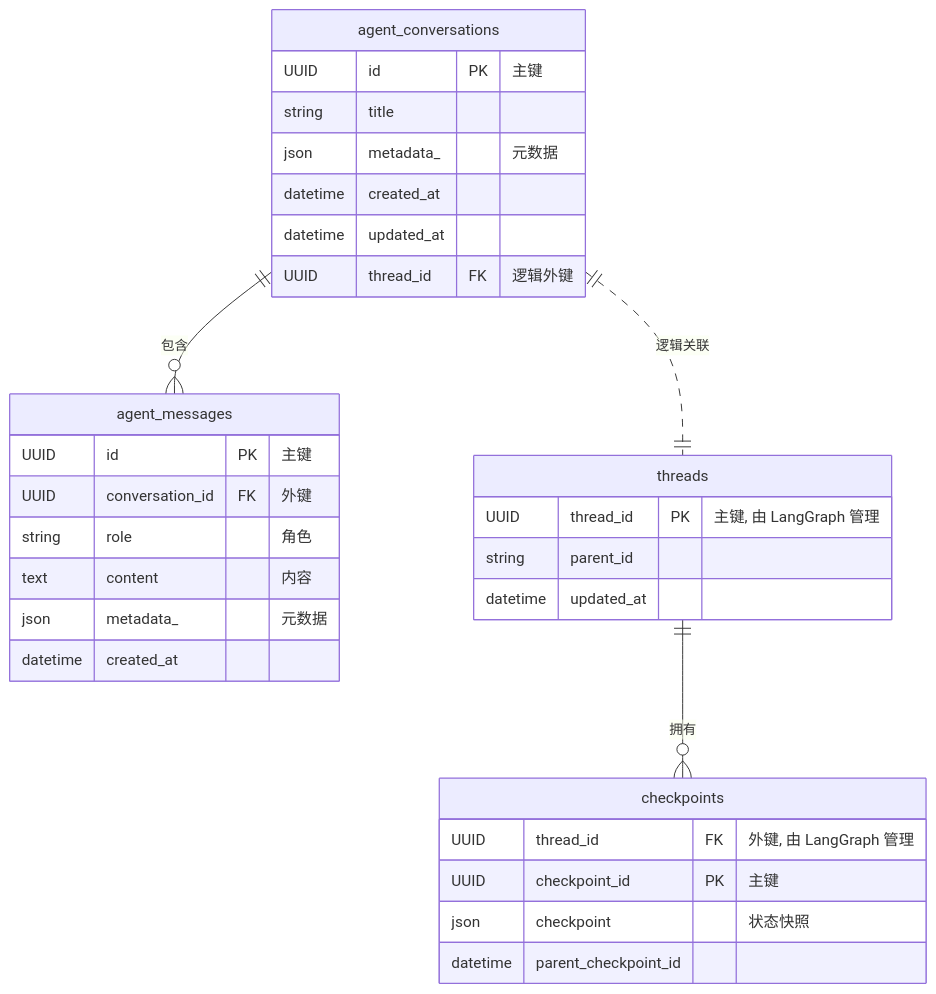
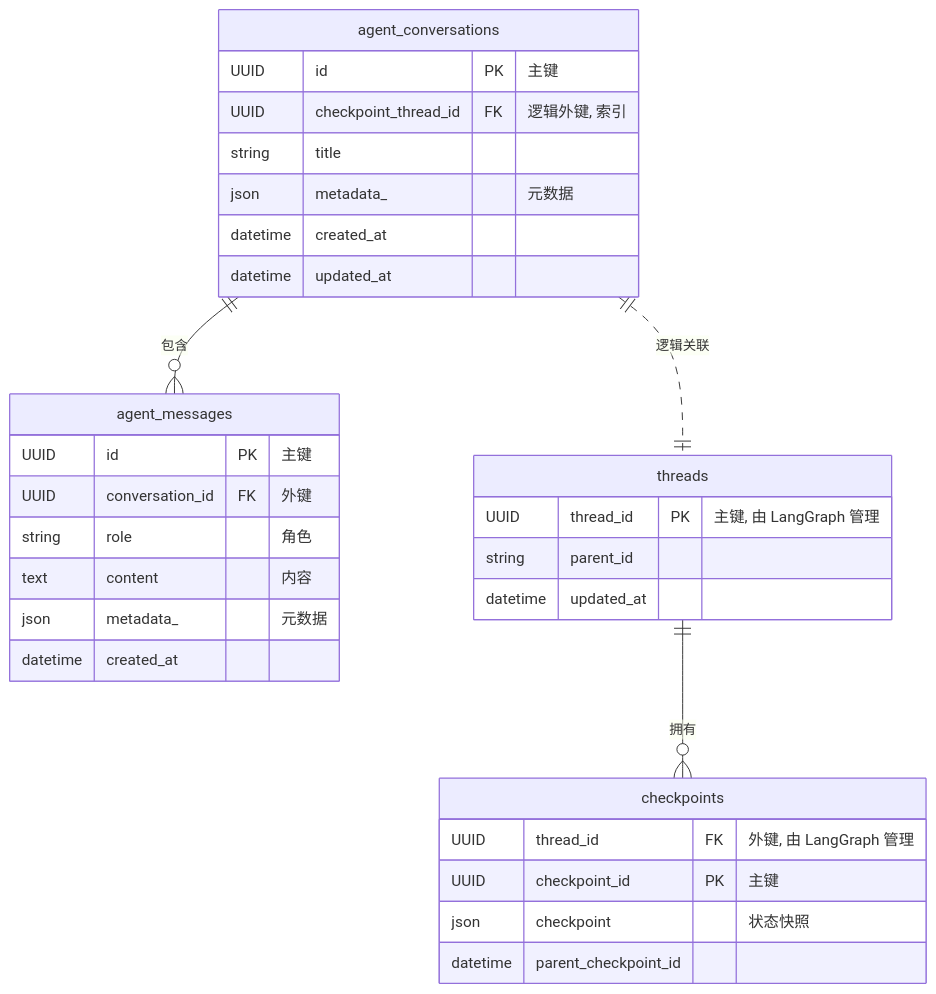
Before and after one commit to yai-nexus/yai-nexus-agentkit: the fifth of 5 diagrams in persistence_architecture.md, drawn with Mermaid. The commit also changed other lines of this file and 11 other files, not shown here.

````diff
--- a/persistence_architecture.md
+++ b/persistence_architecture.md
@@ -263,39 +263,39 @@
 ```mermaid
 erDiagram
     agent_conversations {
         UUID id PK "主键"
+        UUID checkpoint_thread_id FK "逻辑外键, 索引"
         string title
         json metadata_ "元数据"
         datetime created_at
         datetime updated_at
-        UUID thread_id FK "逻辑外键"
     }
 
     agent_messages {
         UUID id PK "主键"
         UUID conversation_id FK "外键"
         string role "角色"
         text content "内容"
         json metadata_ "元数据"
         datetime created_at
     }
 
     threads {
         UUID thread_id PK "主键, 由 LangGraph 管理"
         string parent_id
         datetime updated_at
     }
 
     checkpoints {
         UUID thread_id FK "外键, 由 LangGraph 管理"
         UUID checkpoint_id PK "主键"
         json checkpoint "状态快照"
         datetime parent_checkpoint_id
     }
 
     agent_conversations ||--o{ agent_messages : "包含"
     agent_conversations ||..|| threads : "逻辑关联"
 
     threads ||--o{ checkpoints : "拥有"
 
 ```
````
